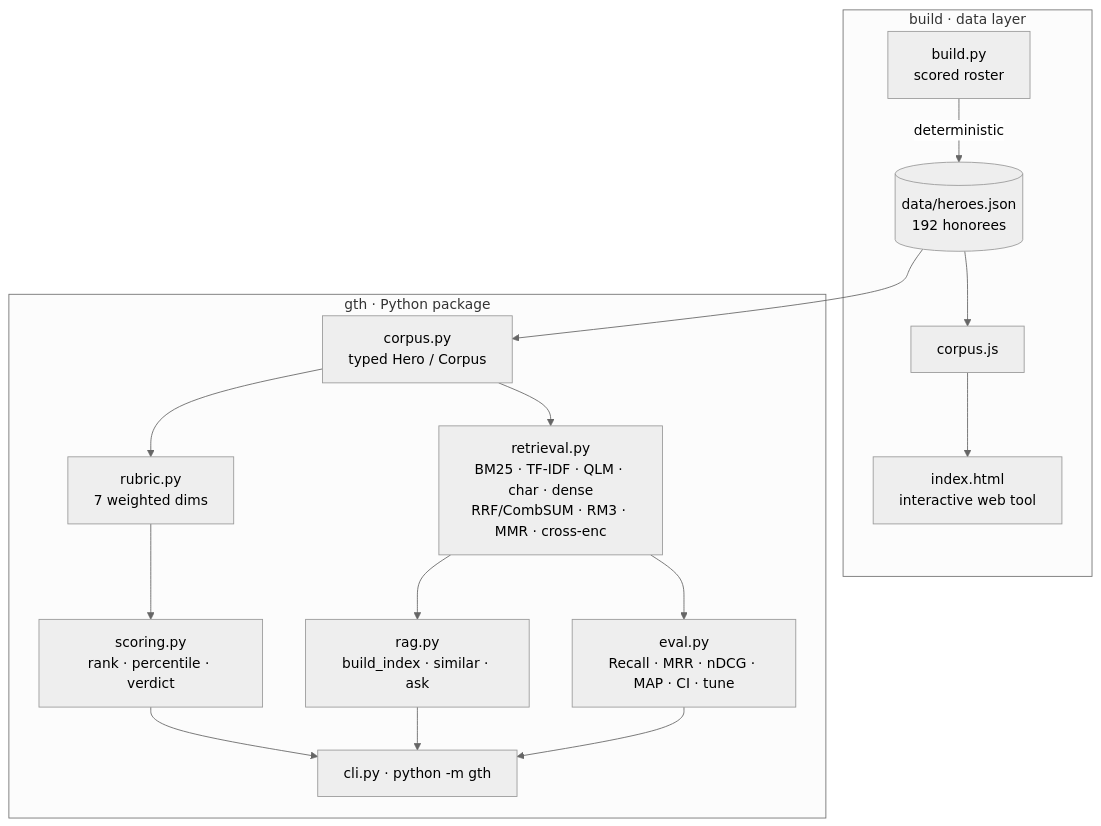
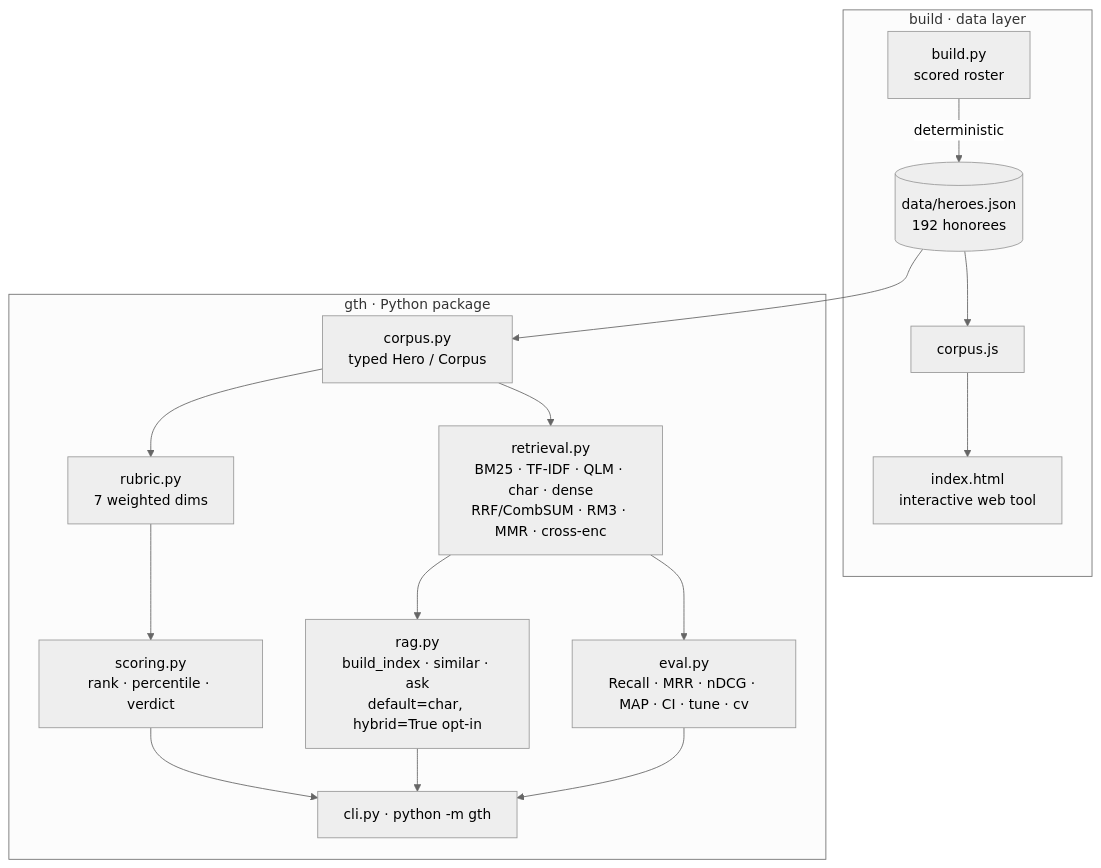
One commit to arjanchaudharyy/glocal-teen-hero-benchmark changed the first of 2 diagrams in README.md. Above: the diagram before and after it, drawn with Mermaid (neutral theme). The commit also changed other lines of this file and 9 other files, not shown here.

````diff
--- a/README.md
+++ b/README.md
@@ -31,18 +31,18 @@
 ```mermaid
 flowchart TB
     subgraph build["build · data layer"]
       A[build.py<br/>scored roster] -->|deterministic| B[(data/heroes.json<br/>192 honorees)]
       B --> J[corpus.js] --> W[index.html<br/>interactive web tool]
     end
     subgraph pkg["gth · Python package"]
       B --> C[corpus.py<br/>typed Hero / Corpus]
       C --> R[rubric.py<br/>7 weighted dims]
       R --> S[scoring.py<br/>rank · percentile · verdict]
       C --> RE[retrieval.py<br/>BM25 · TF-IDF · QLM · char · dense<br/>RRF/CombSUM · RM3 · MMR · cross-enc]
-      RE --> RG[rag.py<br/>build_index · similar · ask]
-      RE --> EV[eval.py<br/>Recall · MRR · nDCG · MAP · CI · tune]
+      RE --> RG[rag.py<br/>build_index · similar · ask<br/>default=char, hybrid=True opt-in]
+      RE --> EV[eval.py<br/>Recall · MRR · nDCG · MAP · CI · tune · cv]
       S --> CLI[cli.py · python -m gth]
       RG --> CLI
       EV --> CLI
     end
 ```
````
